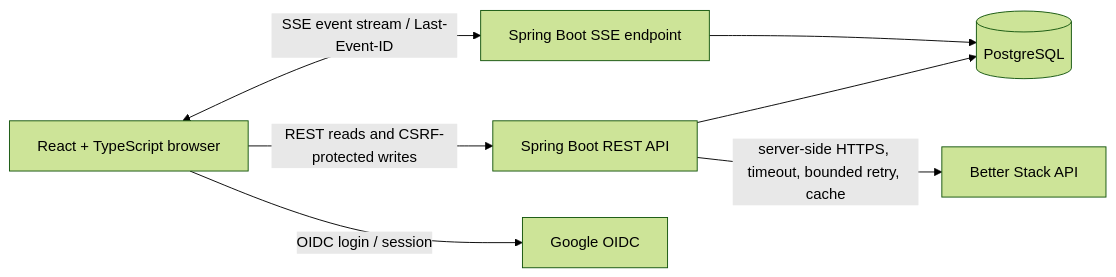
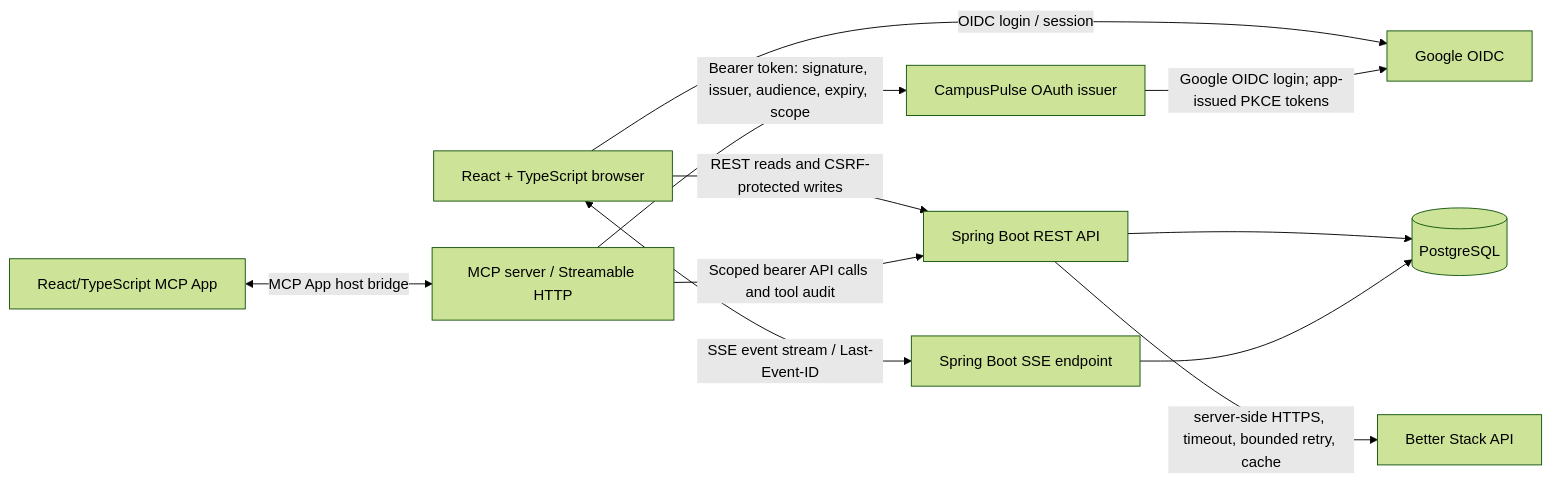
One commit to bycait27/incident-desk changed the first of 2 diagrams in docs/architecture.md. Above: the diagram before and after it, drawn with Mermaid (forest theme). The commit also changed other lines of this file and 28 other files, not shown here.

Commit message:
Add OAuth-protected MCP server and app

````diff
--- a/docs/architecture.md
+++ b/docs/architecture.md
@@ -1,16 +1,23 @@
 ```mermaid
 flowchart LR
   Browser["React + TypeScript browser"]
   API["Spring Boot REST API"]
   SSE["Spring Boot SSE endpoint"]
   DB[("PostgreSQL")]
   BetterStack["Better Stack API"]
   OIDC["Google OIDC"]
+  AS["CampusPulse OAuth issuer"]
+  MCP["MCP server / Streamable HTTP"]
+  MCPApp["React/TypeScript MCP App"]
 
   Browser -->|"OIDC login / session"| OIDC
   Browser -->|"REST reads and CSRF-protected writes"| API
   Browser <-->|"SSE event stream / Last-Event-ID"| SSE
   API --> DB
   SSE --> DB
   API -->|"server-side HTTPS, timeout, bounded retry, cache"| BetterStack
+  MCPApp <-->|"MCP App host bridge"| MCP
+  MCP -->|"Bearer token: signature, issuer, audience, expiry, scope"| AS
+  MCP -->|"Scoped bearer API calls and tool audit"| API
+  AS -->|"Google OIDC login; app-issued PKCE tokens"| OIDC
 ```
````
